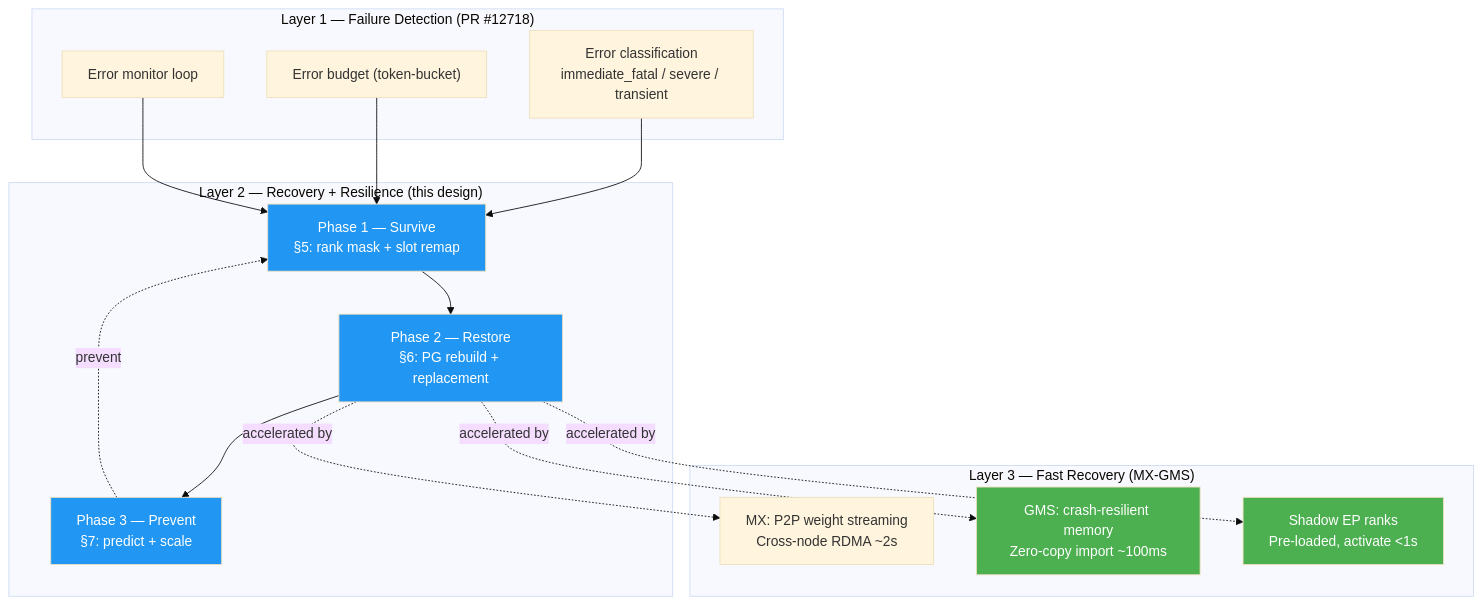
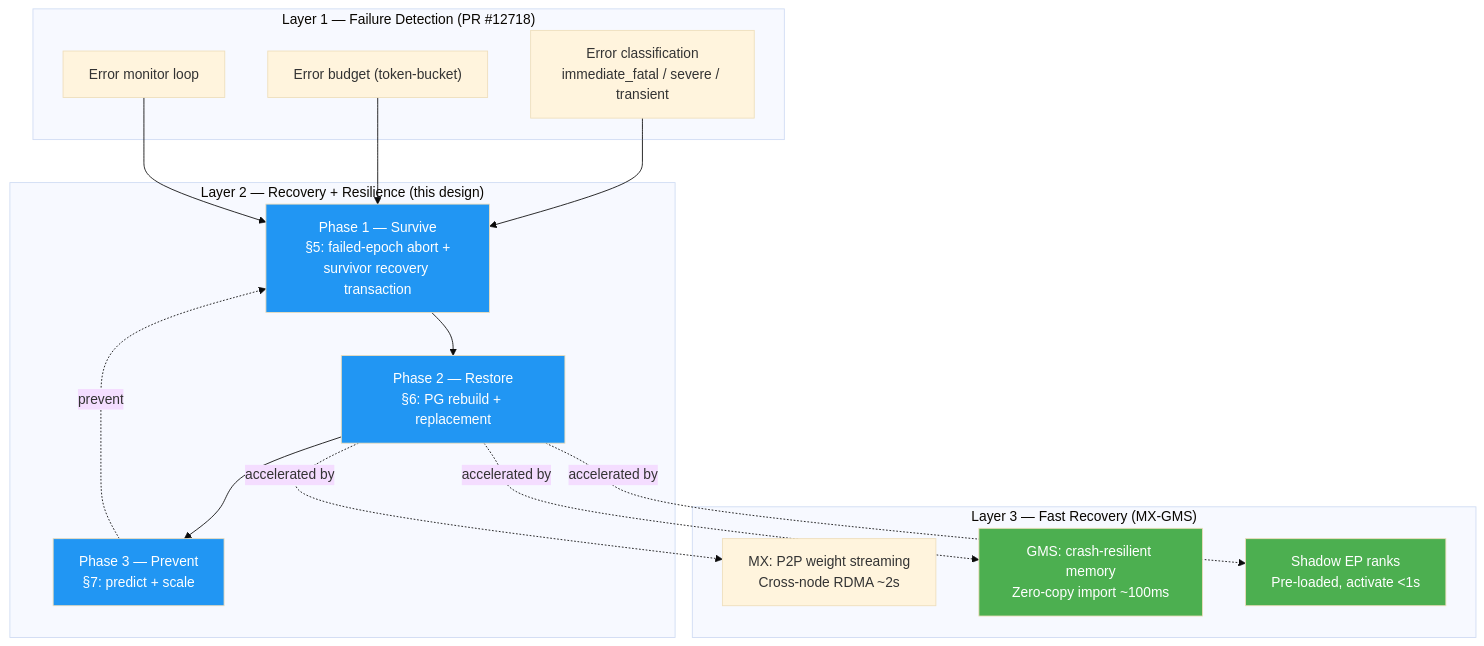
Before and after one commit to chienchunhung/TensorRT-LLM: the second of 2 diagrams in docs/design/wide-ep-fault-tolerance/04-architecture-overview.md, drawn with Mermaid (base theme). The commit also changed other lines of this file and 27 other files, not shown here.

````diff
--- a/docs/design/wide-ep-fault-tolerance/04-architecture-overview.md
+++ b/docs/design/wide-ep-fault-tolerance/04-architecture-overview.md
@@ -115,38 +129,38 @@
 ```mermaid
 graph TB
     subgraph "Layer 3 — Fast Recovery (MX-GMS)"
         MX["MX: P2P weight streaming<br/>Cross-node RDMA ~2s"]
         GMS["GMS: crash-resilient memory<br/>Zero-copy import ~100ms"]
         Shadow["Shadow EP ranks<br/>Pre-loaded, activate <1s"]
     end
 
     subgraph "Layer 2 — Recovery + Resilience (this design)"
-        Phase1["Phase 1 — Survive<br/>§5: rank mask + slot remap"]
+        Phase1["Phase 1 — Survive<br/>§5: failed-epoch abort +<br/>survivor recovery transaction"]
         Phase2["Phase 2 — Restore<br/>§6: PG rebuild + replacement"]
         Phase3["Phase 3 — Prevent<br/>§7: predict + scale"]
     end
 
     subgraph "Layer 1 — Failure Detection (PR #12718)"
         EC["Error classification<br/>immediate_fatal / severe / transient"]
         EB["Error budget (token-bucket)"]
         EM["Error monitor loop"]
     end
 
     EC --> Phase1
     EB --> Phase1
     EM --> Phase1
 
     Phase1 --> Phase2
     Phase2 --> Phase3
     Phase3 -.->|prevent| Phase1
 
     Phase2 -.->|accelerated by| MX
     Phase2 -.->|accelerated by| GMS
     Phase2 -.->|accelerated by| Shadow
 
     style Phase1 fill:#2196F3,color:#fff
     style Phase2 fill:#2196F3,color:#fff
     style Phase3 fill:#2196F3,color:#fff
     style GMS fill:#4CAF50,color:#fff
     style Shadow fill:#4CAF50,color:#fff
 ```
````
